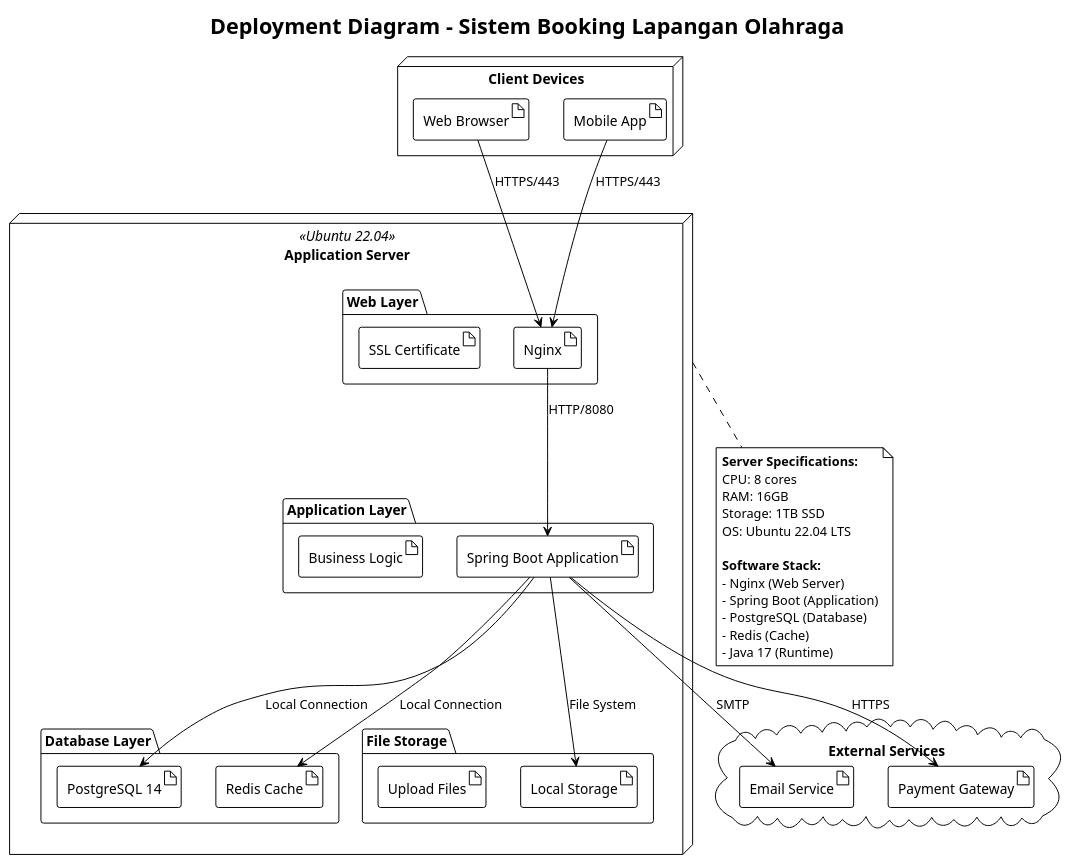
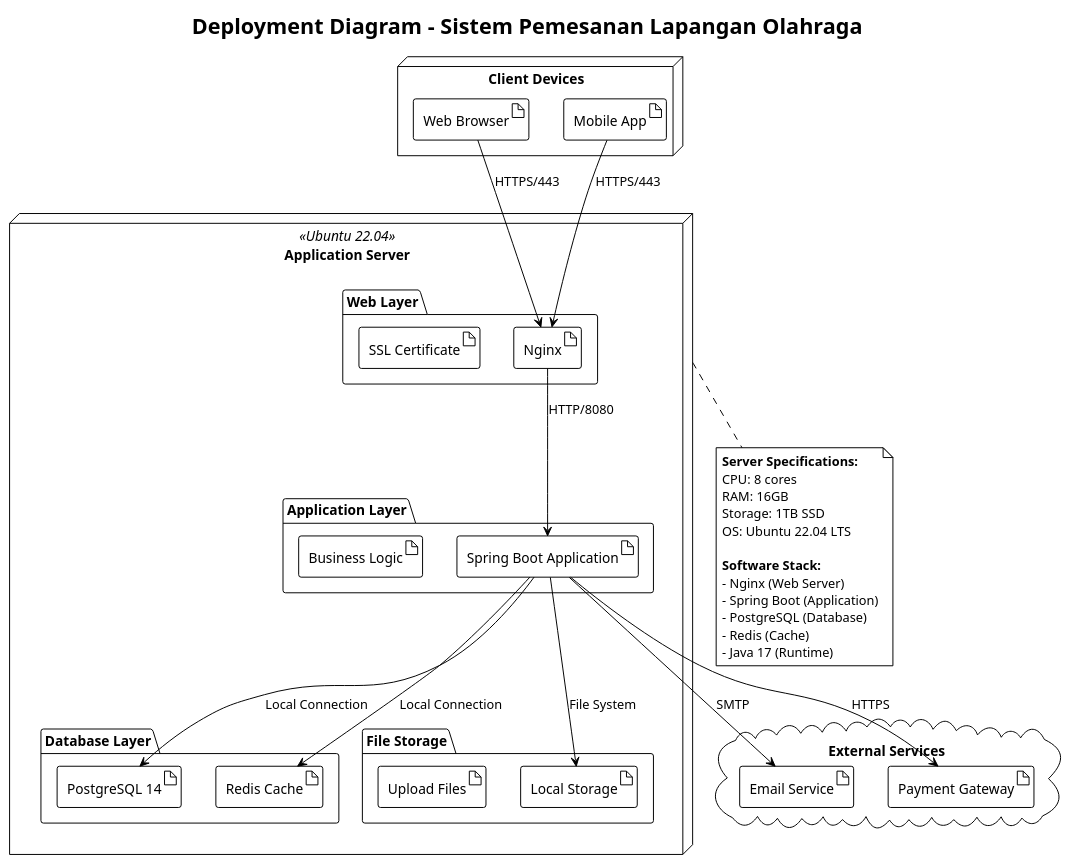
The diagram in JurnalAPPL/DeploymentDiagram/DDLapanganOlahraga.puml (myasirnovals/Appl), drawn with PlantUML before and after one commit. The commit also changed 17 other files, not shown here.

```diff
--- a/JurnalAPPL/DeploymentDiagram/DDLapanganOlahraga.puml
+++ b/JurnalAPPL/DeploymentDiagram/DDLapanganOlahraga.puml
@@ -1,55 +1,55 @@
 @startuml
 !theme plain
-title Deployment Diagram - Sistem Booking Lapangan Olahraga
+title Deployment Diagram - Sistem Pemesanan Lapangan Olahraga
 
 ' Client Devices
 node "Client Devices" {
     artifact "Web Browser" as Browser
     artifact "Mobile App" as MobileApp
 }
 
 ' Single Server (All-in-One)
 node "Application Server" as AppServer <<Ubuntu 22.04>> {
     package "Web Layer" {
         artifact "Nginx" as Nginx
         artifact "SSL Certificate" as SSL
     }
 
     package "Application Layer" {
         artifact "Spring Boot Application" as SpringApp
         artifact "Business Logic" as BizLogic
     }
 
     package "Database Layer" {
         artifact "PostgreSQL 14" as PostgresDB
         artifact "Redis Cache" as RedisCache
     }
 
     package "File Storage" {
         artifact "Local Storage" as LocalStorage
         artifact "Upload Files" as UploadFiles
     }
 }
 
 ' External Services
 cloud "External Services" {
     artifact "Email Service" as EmailSvc
     artifact "Payment Gateway" as PaymentGW
 }
 
 ' Connections
 Browser --> Nginx : HTTPS/443
 MobileApp --> Nginx : HTTPS/443
 
 Nginx --> SpringApp : HTTP/8080
 SpringApp --> PostgresDB : Local Connection
 SpringApp --> RedisCache : Local Connection
 SpringApp --> LocalStorage : File System
 
 SpringApp --> EmailSvc : SMTP
 SpringApp --> PaymentGW : HTTPS
 
 ' Server Specifications
 note bottom of AppServer : **Server Specifications:**\nCPU: 8 cores\nRAM: 16GB\nStorage: 1TB SSD\nOS: Ubuntu 22.04 LTS\n\n**Software Stack:**\n- Nginx (Web Server)\n- Spring Boot (Application)\n- PostgreSQL (Database)\n- Redis (Cache)\n- Java 17 (Runtime)
 
 @enduml
```
